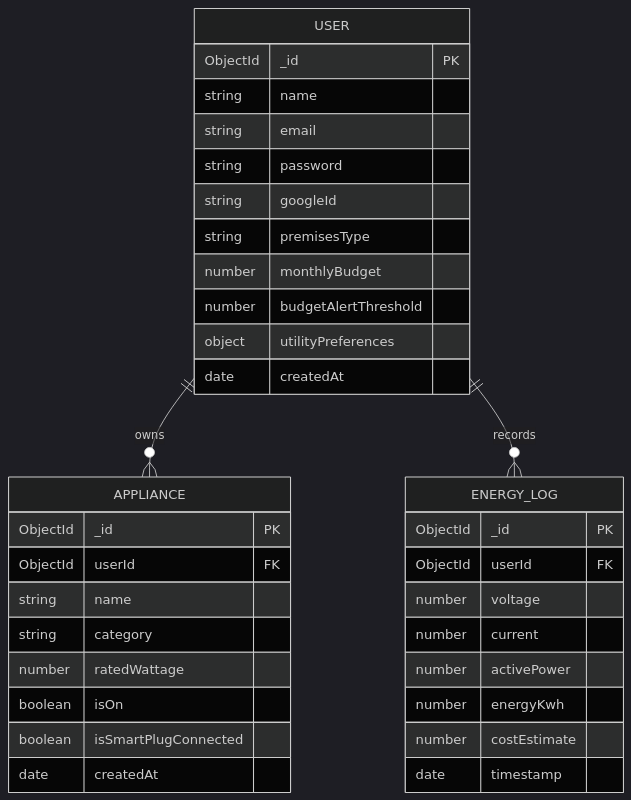
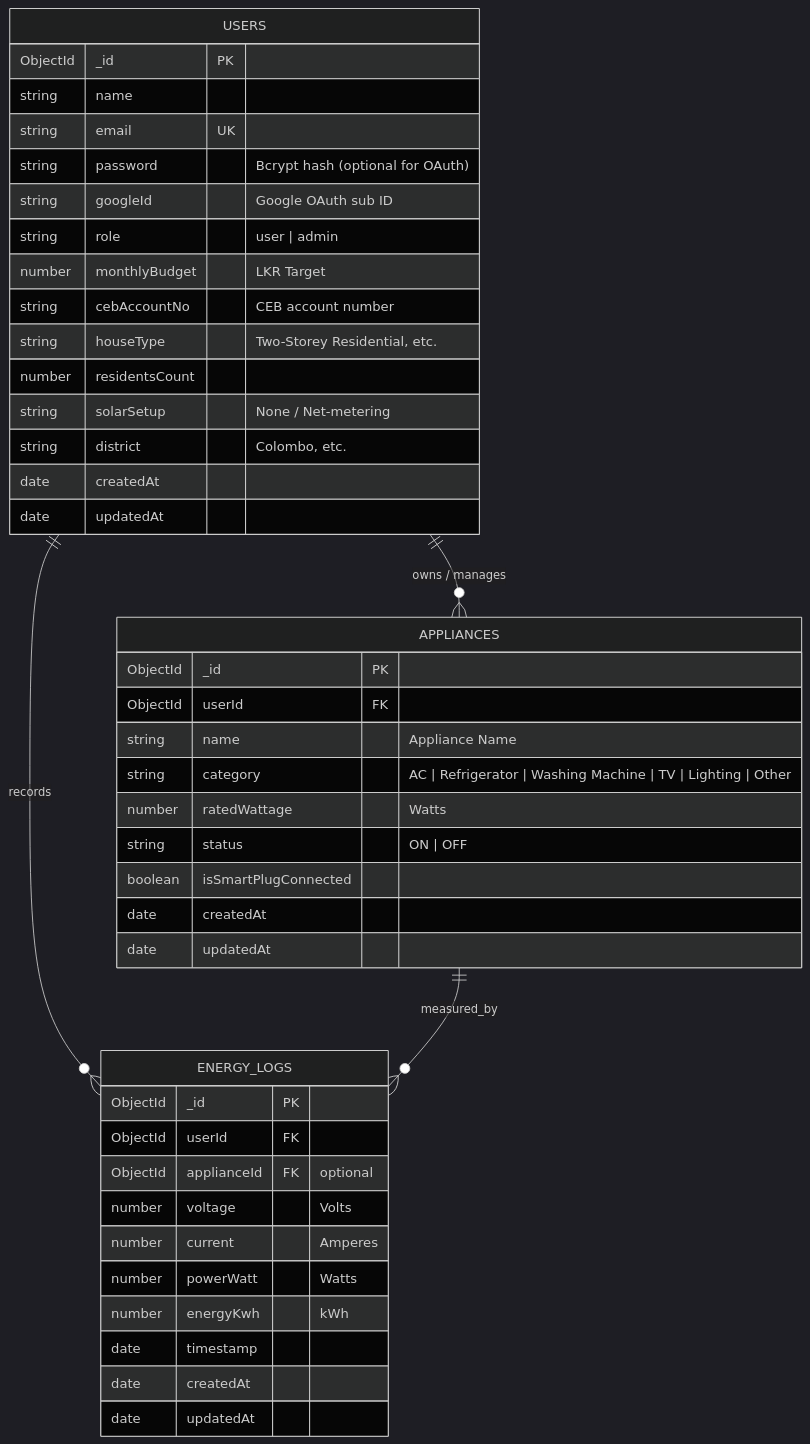
One commit to dasunisenanayake25/smartsurge changed the diagram in README.md. Above: the diagram before and after it, drawn with Mermaid (dark theme). The commit also changed other lines of this file, not shown here.

````diff
--- a/README.md
+++ b/README.md
@@ -34,40 +92,48 @@
 ```mermaid
 erDiagram
-    USER ||--o{ APPLIANCE : "owns"
-    USER ||--o{ ENERGY_LOG : "records"
+    USERS ||--o{ APPLIANCES : "owns / manages"
+    USERS ||--o{ ENERGY_LOGS : "records"
+    APPLIANCES ||--o{ ENERGY_LOGS : "measured_by"
 
-    USER {
+    USERS {
         ObjectId _id PK
         string name
-        string email
-        string password
-        string googleId
-        string premisesType
-        number monthlyBudget
-        number budgetAlertThreshold
-        object utilityPreferences
+        string email UK
+        string password "Bcrypt hash (optional for OAuth)"
+        string googleId "Google OAuth sub ID"
+        string role "user | admin"
+        number monthlyBudget "LKR Target"
+        string cebAccountNo "CEB account number"
+        string houseType "Two-Storey Residential, etc."
+        number residentsCount
+        string solarSetup "None / Net-metering"
+        string district "Colombo, etc."
         date createdAt
+        date updatedAt
     }
 
-    APPLIANCE {
+    APPLIANCES {
         ObjectId _id PK
         ObjectId userId FK
-        string name
-        string category
-        number ratedWattage
-        boolean isOn
+        string name "Appliance Name"
+        string category "AC | Refrigerator | Washing Machine | TV | Lighting | Other"
+        number ratedWattage "Watts"
+        string status "ON | OFF"
         boolean isSmartPlugConnected
         date createdAt
+        date updatedAt
     }
 
-    ENERGY_LOG {
+    ENERGY_LOGS {
         ObjectId _id PK
         ObjectId userId FK
-        number voltage
-        number current
-        number activePower
-        number energyKwh
-        number costEstimate
+        ObjectId applianceId FK "optional"
+        number voltage "Volts"
+        number current "Amperes"
+        number powerWatt "Watts"
+        number energyKwh "kWh"
         date timestamp
+        date createdAt
+        date updatedAt
     }
 ```
````
